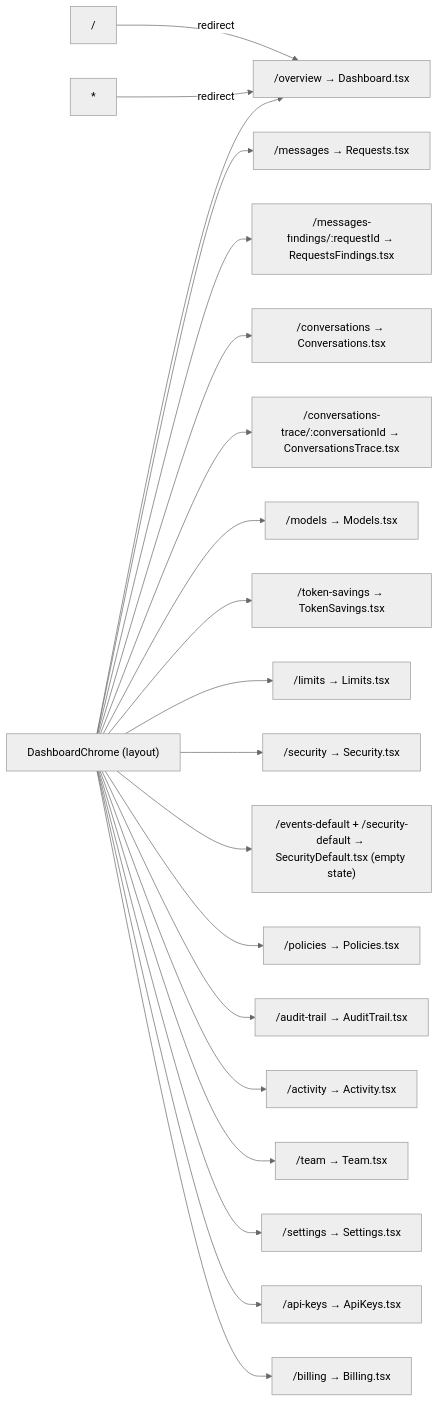
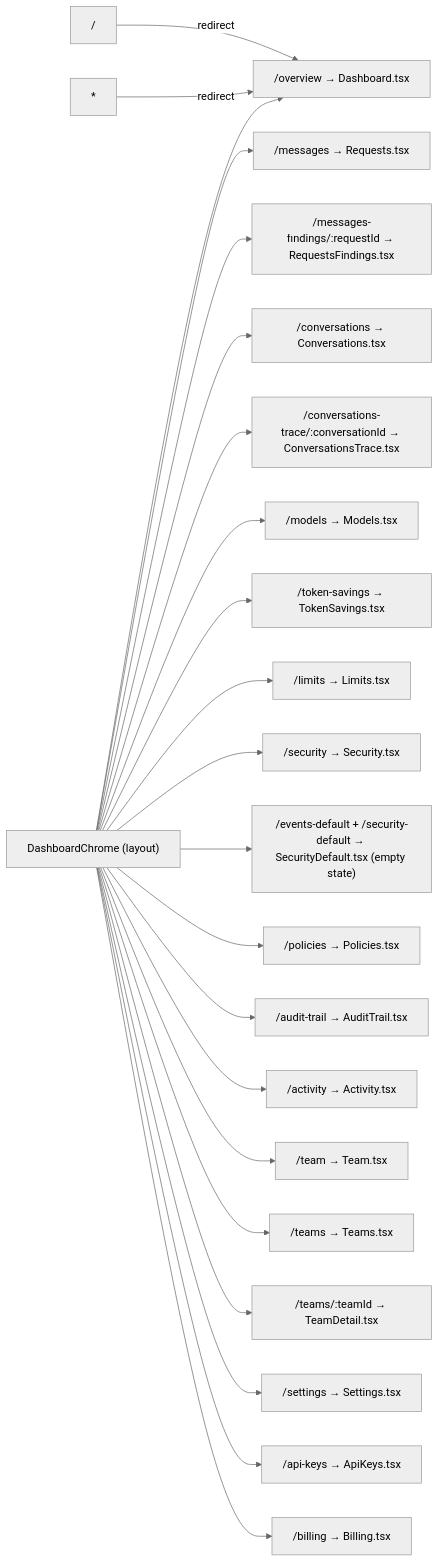
One commit to Neoneue/gate-ai-build changed the first of 5 diagrams in data-model.md. Above: the diagram before and after it, drawn with Mermaid (neutral theme). The commit also changed other lines of this file and 14 other files, not shown here.

````diff
--- a/data-model.md
+++ b/data-model.md
@@ -31,25 +31,27 @@
 ```mermaid
 graph LR
     ROOT["/"] -->|redirect| OV
     WILD["*"] -->|redirect| OV
 
     LAYOUT["DashboardChrome (layout)"]
 
     LAYOUT --> OV["/overview → Dashboard.tsx"]
     LAYOUT --> REQ["/messages → Requests.tsx"]
     LAYOUT --> REQF["/messages-findings/:requestId → RequestsFindings.tsx"]
     LAYOUT --> CONV["/conversations → Conversations.tsx"]
     LAYOUT --> CONVT["/conversations-trace/:conversationId → ConversationsTrace.tsx"]
     LAYOUT --> MOD["/models → Models.tsx"]
     LAYOUT --> TOK["/token-savings → TokenSavings.tsx"]
     LAYOUT --> LIM["/limits → Limits.tsx"]
     LAYOUT --> SEC["/security → Security.tsx"]
     LAYOUT --> SECDEF["/events-default + /security-default → SecurityDefault.tsx (empty state)"]
     LAYOUT --> POL["/policies → Policies.tsx"]
     LAYOUT --> AUD["/audit-trail → AuditTrail.tsx"]
     LAYOUT --> ACT["/activity → Activity.tsx"]
     LAYOUT --> TEAM["/team → Team.tsx"]
+    LAYOUT --> TEAMS["/teams → Teams.tsx"]
+    LAYOUT --> TEAMD["/teams/:teamId → TeamDetail.tsx"]
     LAYOUT --> SET["/settings → Settings.tsx"]
     LAYOUT --> KEYS["/api-keys → ApiKeys.tsx"]
     LAYOUT --> BILL["/billing → Billing.tsx"]
 ```
````
